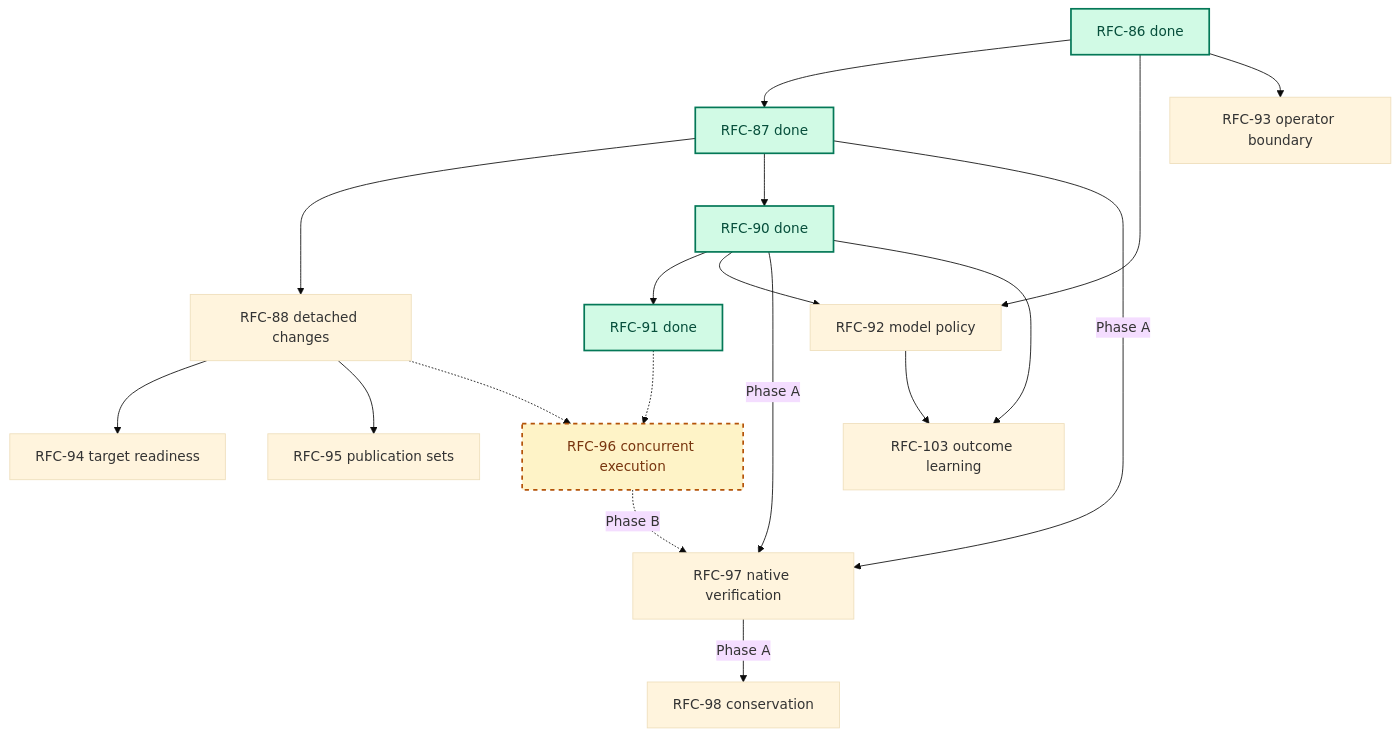
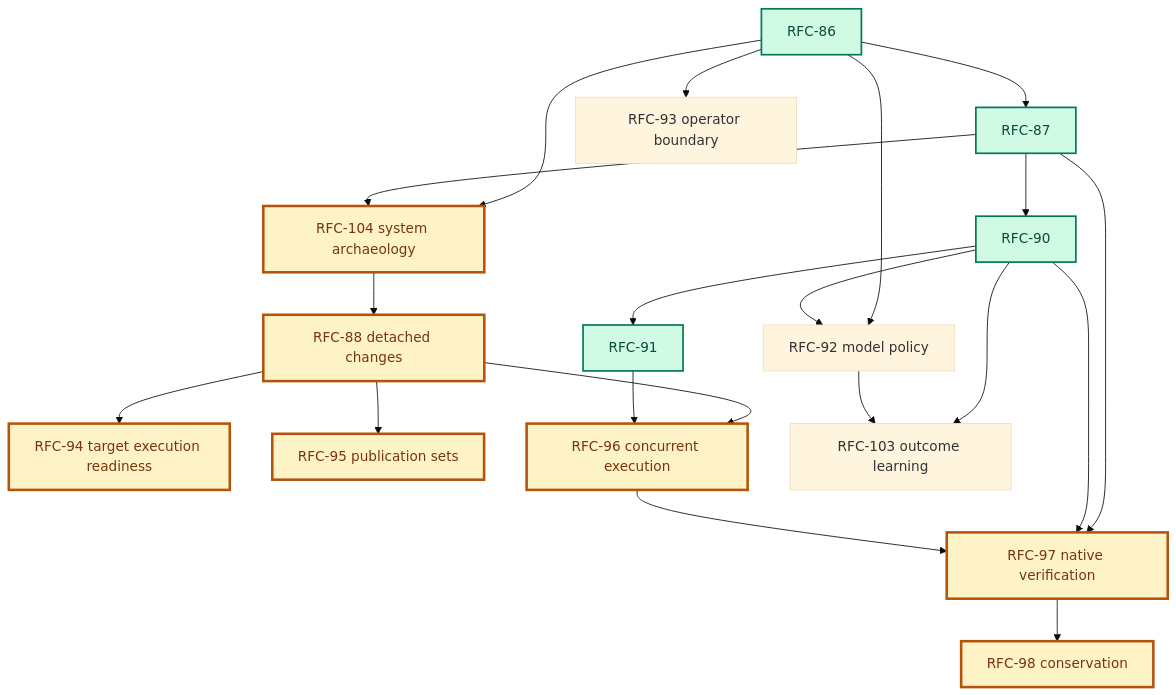
The diagram in rfcs/platform.md (augentic/anvil), drawn with Mermaid (base theme) before and after one commit. The commit also changed other lines of this file and 16 other files, not shown here.

````diff
--- a/rfcs/platform.md
+++ b/rfcs/platform.md
@@ -39,25 +43,27 @@
 ```mermaid
 flowchart TD
-    R86[RFC-86 done] --> R87[RFC-87 done]
+    R86[RFC-86] --> R87[RFC-87]
+    R86 --> R104[RFC-104 system archaeology]
     R86 --> R92[RFC-92 model policy]
     R86 --> R93[RFC-93 operator boundary]
-    R87 --> R88[RFC-88 detached changes]
-    R87 --> R90[RFC-90 done]
-    R90 --> R91[RFC-91 done]
+    R87 --> R104
+    R104 --> R88[RFC-88 detached changes]
+    R87 --> R90[RFC-90]
+    R90 --> R91[RFC-91]
     R90 --> R92
-    R87 -->|Phase A| R97[RFC-97 native verification]
-    R90 -->|Phase A| R97
-    R88 --> R94[RFC-94 target readiness]
+    R87 --> R97[RFC-97 native verification]
+    R90 --> R97
+    R88 --> R94[RFC-94 target execution readiness]
     R88 --> R95[RFC-95 publication sets]
-    R88 -.-> R96[RFC-96 concurrent execution]
-    R91 -.-> R96
-    R96 -.->|Phase B| R97
-    R97 -->|Phase A| R98[RFC-98 conservation]
+    R88 --> R96[RFC-96 concurrent execution]
+    R91 --> R96
+    R96 --> R97
+    R97 --> R98[RFC-98 conservation]
     R90 --> R103[RFC-103 outcome learning]
     R92 --> R103
 
     classDef done fill:#d1fae5,stroke:#047857,color:#064e3b,stroke-width:2px
-    classDef gated fill:#fef3c7,stroke:#b45309,color:#78350f,stroke-width:2px,stroke-dasharray: 5 5
+    classDef critical fill:#fef3c7,stroke:#b45309,color:#78350f,stroke-width:3px
     class R86,R87,R90,R91 done
-    class R96 gated
+    class R104,R88,R94,R95,R96,R97,R98 critical
 ```
````
